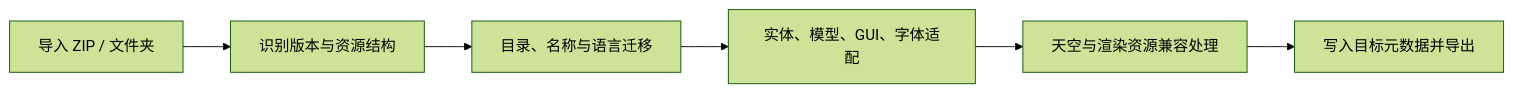
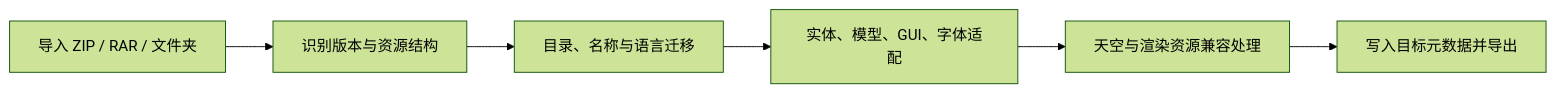
The diagram in README.md (LongCold-ColdEternity-Team/Fast-Pack), drawn with Mermaid (forest theme) before and after one commit. The commit also changed other lines of this file and 18 other files, not shown here.

````diff
--- a/README.md
+++ b/README.md
@@ -163,8 +165,8 @@
 ```mermaid
 flowchart LR
-    A[导入 ZIP / 文件夹] --> B[识别版本与资源结构]
+    A[导入 ZIP / RAR / 文件夹] --> B[识别版本与资源结构]
     B --> C[目录、名称与语言迁移]
     C --> D[实体、模型、GUI、字体适配]
     D --> E[天空与渲染资源兼容处理]
     E --> F[写入目标元数据并导出]
 ```
````
